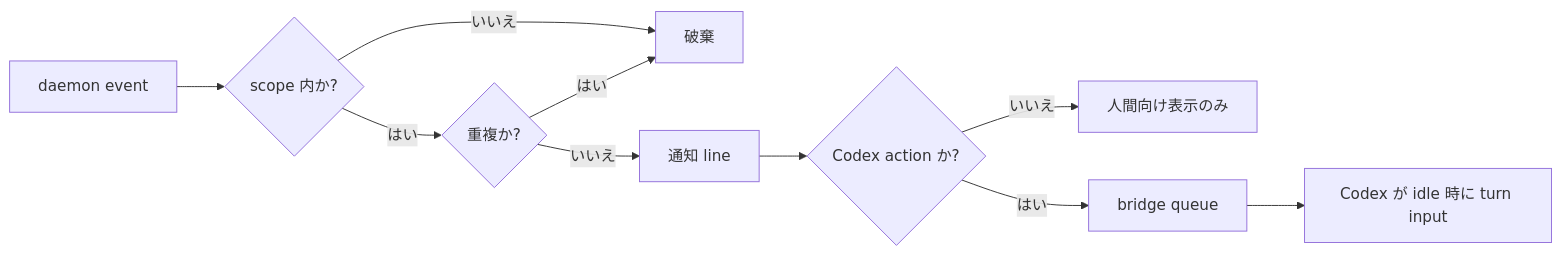
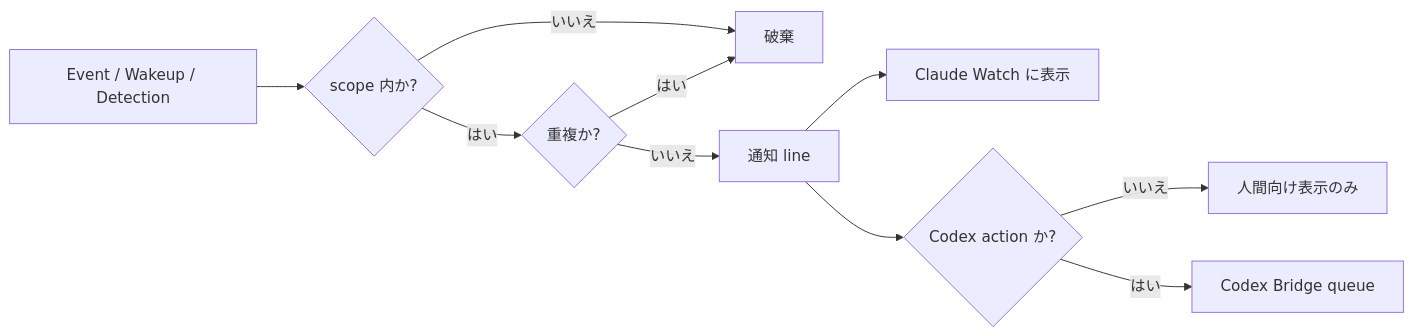
The second of 2 diagrams in doc/continuous-execution.md (michiomochi/atct), drawn with Mermaid before and after one commit. The commit also changed other lines of this file, not shown here.

Commit message:
docs: separate daemon notifications and agent lifecycle

````diff
--- a/doc/continuous-execution.md
+++ b/doc/continuous-execution.md
@@ -147,12 +82,12 @@
 ```mermaid
 flowchart LR
-    E[daemon event] --> F{scope 内か?}
+    N[Event / Wakeup / Detection] --> F{scope 内か?}
     F -->|いいえ| X[破棄]
     F -->|はい| D{重複か?}
     D -->|はい| X
     D -->|いいえ| L[通知 line]
+    L --> C[Claude Watch に表示]
     L --> A{Codex action か?}
     A -->|いいえ| H[人間向け表示のみ]
-    A -->|はい| Q[bridge queue]
-    Q --> T[Codex が idle 時に turn input]
+    A -->|はい| Q[Codex Bridge queue]
 ```
````
